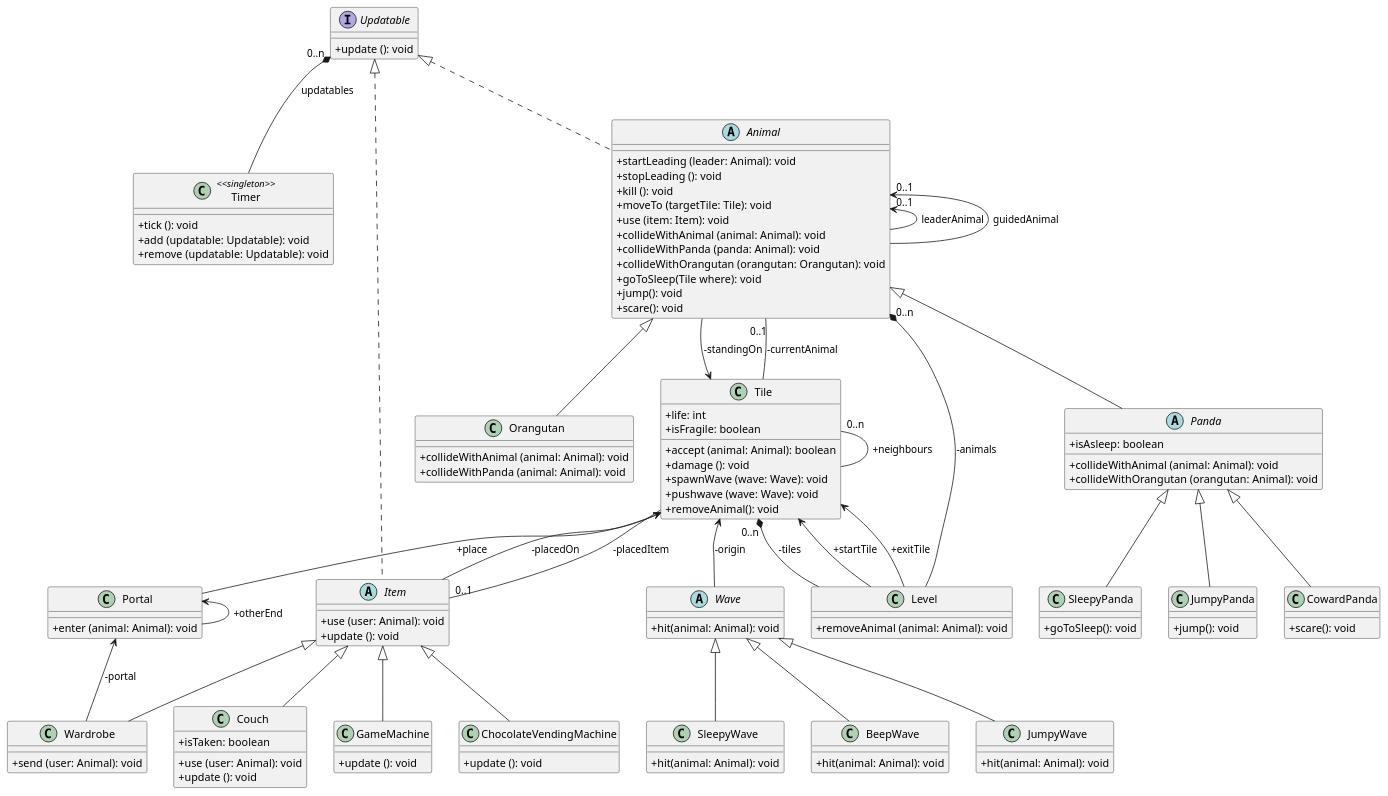
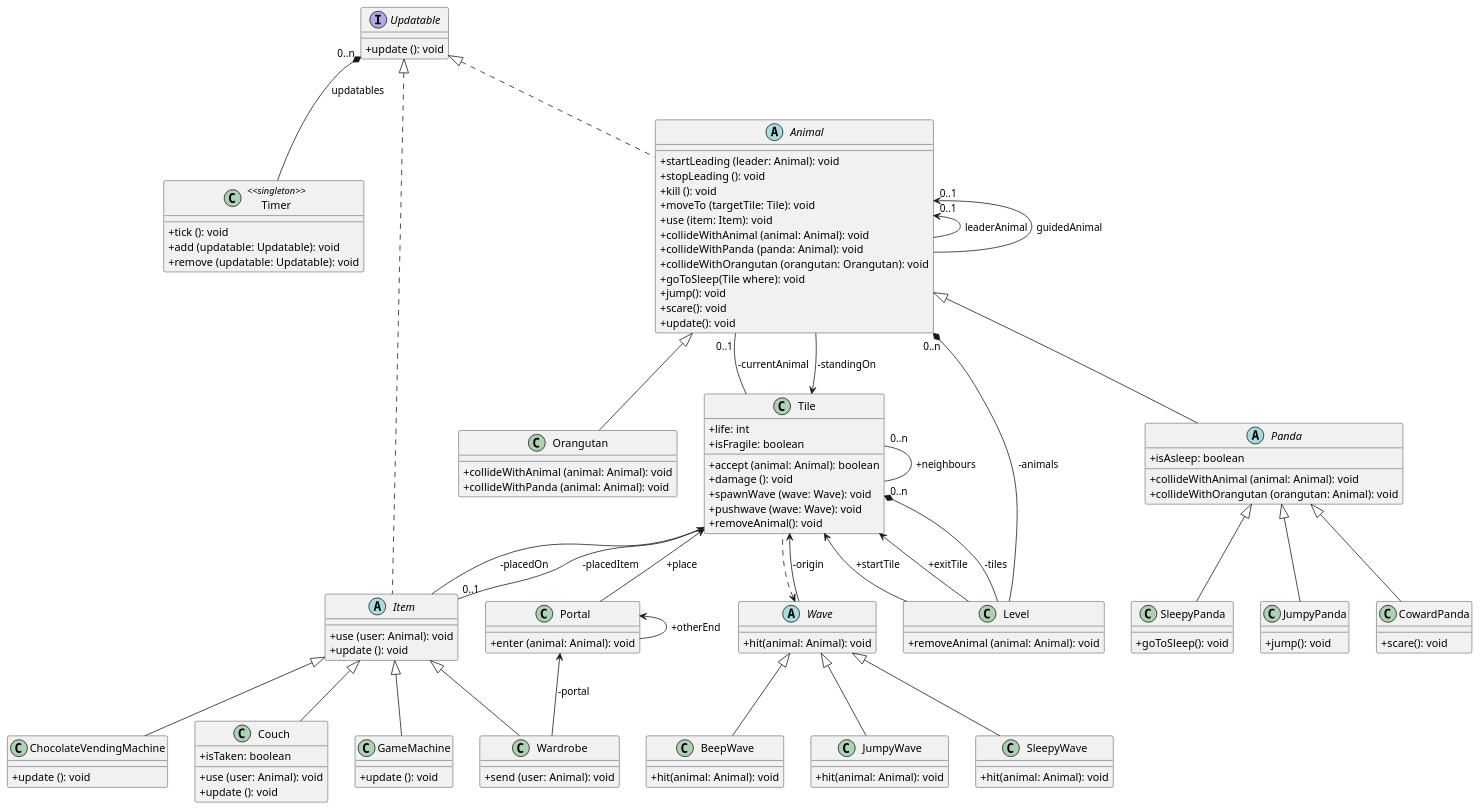
One commit to bokovhu/software-project-laboratory-assignment changed the diagram in 3-analysis-modell/java/src/main/plantuml/ClassDiagram.puml. Above: the diagram before and after it, drawn with PlantUML.

Commit message:
class diagram update
class diagram done, waiting for validation

```diff
--- a/3-analysis-modell/java/src/main/plantuml/ClassDiagram.puml
+++ b/3-analysis-modell/java/src/main/plantuml/ClassDiagram.puml
@@ -1,173 +1,174 @@
 @startuml
 
 skinparam classAttributeIconSize 0
 skinparam guillemet false
 
 ' ==========
 ' Interfaces
 ' ==========
 
 interface Updatable {
     +update (): void
 }
 
 ' =======
 ' Classes
 ' =======
 
 class Timer <<singleton>> {
     +tick (): void
     +add (updatable: Updatable): void
     +remove (updatable: Updatable): void
 }
 
 class Level {
     +removeAnimal (animal: Animal): void
 }
 
 class Tile {
     +life: int
     +isFragile: boolean
     +accept (animal: Animal): boolean
     +damage (): void
     +spawnWave (wave: Wave): void
     +pushwave (wave: Wave): void
     +removeAnimal(): void
 }
 
 abstract class Animal {
     +startLeading (leader: Animal): void
     +stopLeading (): void
     +kill (): void
     +moveTo (targetTile: Tile): void
     +use (item: Item): void
     +collideWithAnimal (animal: Animal): void
     +collideWithPanda (panda: Animal): void
     +collideWithOrangutan (orangutan: Orangutan): void
     +goToSleep(Tile where): void
     +jump(): void
     +scare(): void
+    +update(): void
 }
 
 abstract class Item {
     +use (user: Animal): void
     +update (): void
 }
 
 abstract class Panda {
     +isAsleep: boolean
     +collideWithAnimal (animal: Animal): void
     +collideWithOrangutan (orangutan: Animal): void
 }
 
 class SleepyPanda {
     +goToSleep(): void
 }
 
 class JumpyPanda {
     +jump(): void
 }
 
 class CowardPanda {
     +scare(): void
 }
 
 class Orangutan {
     +collideWithAnimal (animal: Animal): void
     +collideWithPanda (animal: Animal): void
 }
 
 class Couch {
     +isTaken: boolean
     +use (user: Animal): void
     +update (): void
 }
 
 class GameMachine {
     +update (): void
 }
 
 class ChocolateVendingMachine {
     +update (): void
 }
 
 class Wardrobe {
     +send (user: Animal): void
 }
 
 class Portal {
     +enter (animal: Animal): void
 }
 
 abstract class Wave {
     +hit(animal: Animal): void
 }
 
 class SleepyWave{
     +hit(animal: Animal): void
 }
 
 class BeepWave{
     +hit(animal: Animal): void
 }
 
 class JumpyWave{
     +hit(animal: Animal): void
 }
 ' ===========
 ' Inheritance
 ' ===========
 
 Updatable <|.. Animal
 Updatable <|.. Item
 
 Animal <|-- Panda
 Panda<|-- SleepyPanda
 Panda<|-- JumpyPanda
 Panda<|-- CowardPanda
 Animal <|-- Orangutan
 
 Item <|-- Couch
 Item <|-- GameMachine
 Item <|-- ChocolateVendingMachine
 Item <|-- Wardrobe
 
 Wave<|-- JumpyWave
 Wave<|-- SleepyWave
 Wave<|-- BeepWave
 
 ' ============
 ' Compositions
 ' ============
 
 Updatable "0..n" *-- Timer : updatables
 Tile "0..n" *-- Level : -tiles
 Animal "0..n" *-- Level : -animals
 
 ' ============
 ' Associations
 ' ============
 
 Tile "0..n" -- Tile : +neighbours
 
 Tile <-- Animal : -standingOn
 Animal "0..1" -- Tile : -currentAnimal
 
 Animal "0..1" <-- Animal : leaderAnimal
 Animal "0..1" <-- Animal : guidedAnimal
 
 Tile <-- Item : -placedOn
 Item "0..1" -- Tile : -placedItem
 
 Tile <-- Wave : -origin
 
 Portal <-- Portal : +otherEnd
 Tile <-- Portal : +place
 
 Portal <-- Wardrobe : -portal
 
-
+Wave <.. Tile
 Tile <-- Level : +startTile
 Tile <-- Level : +exitTile
 
 @enduml
```
